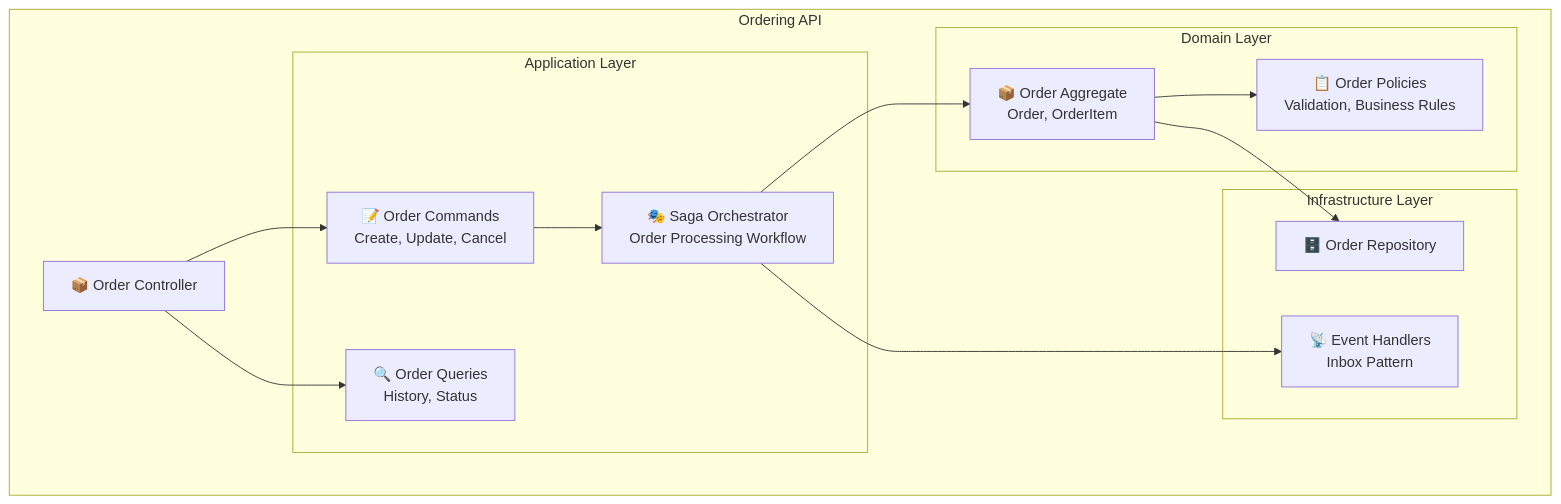
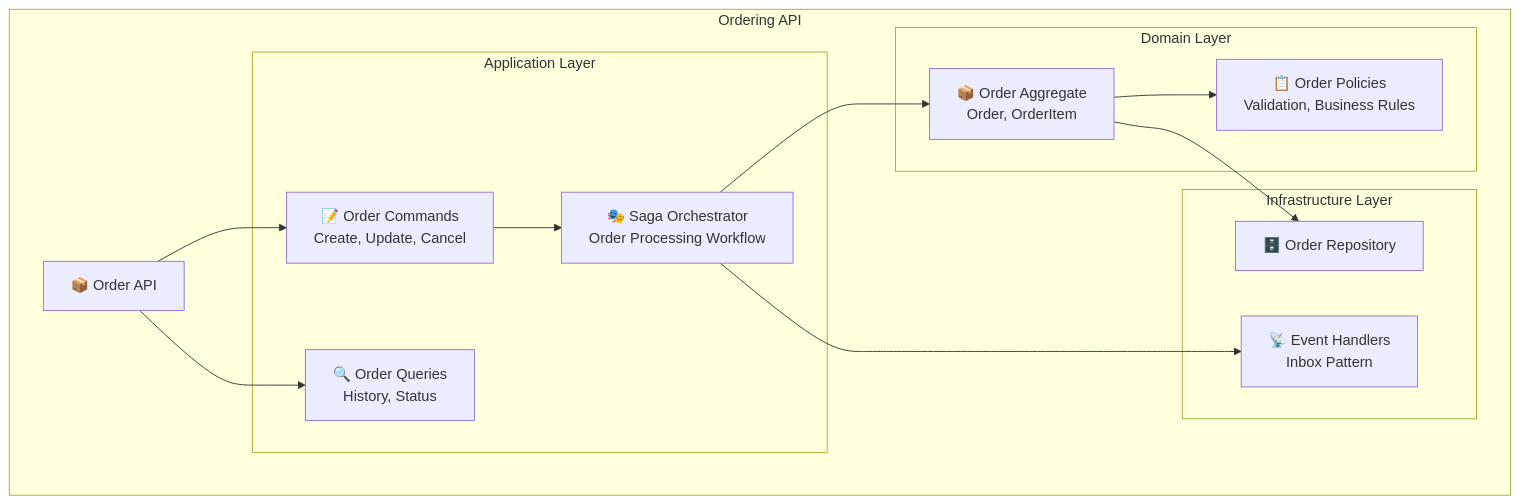
Before and after one commit to foxminchan/BookWorm: the third of 4 diagrams in docs/src/architecture/05-building-block-view.md, drawn with Mermaid. The commit also changed other lines of this file and 29 other files, not shown here.

First line of the commit message:
feat(docs): Enhance architecture documentation with ADRs and detailed sections

````diff
--- a/docs/src/architecture/05-building-block-view.md
+++ b/docs/src/architecture/05-building-block-view.md
@@ -158,32 +179,34 @@
 ```mermaid
 graph TB
     subgraph "Ordering API"
-        OrderController[📦 Order Controller]
-        
+        OrderAPI[📦 Order API]
+
         subgraph "Application Layer"
             OrderCommands[📝 Order Commands<br/>Create, Update, Cancel]
             OrderQueries[🔍 Order Queries<br/>History, Status]
             SagaOrchestrator[🎭 Saga Orchestrator<br/>Order Processing Workflow]
         end
-        
+
         subgraph "Domain Layer"
             Order[📦 Order Aggregate<br/>Order, OrderItem]
             OrderPolicy[📋 Order Policies<br/>Validation, Business Rules]
         end
-        
+
         subgraph "Infrastructure Layer"
             OrderRepo[🗄️ Order Repository]
             EventHandlers[📡 Event Handlers<br/>Inbox Pattern]
         end
     end
-    
-    OrderController --> OrderCommands
-    OrderController --> OrderQueries
-    
+
+    OrderAPI --> OrderCommands
+    OrderAPI --> OrderQueries
+
     OrderCommands --> SagaOrchestrator
     SagaOrchestrator --> Order
     Order --> OrderPolicy
-    
+
     Order --> OrderRepo
     SagaOrchestrator --> EventHandlers
+
+    click OrderAPI "https://bookwormdev.netlify.app/docs/services/orderingservice/1.0.0/spec/openapi-v1/"
 ```
````
